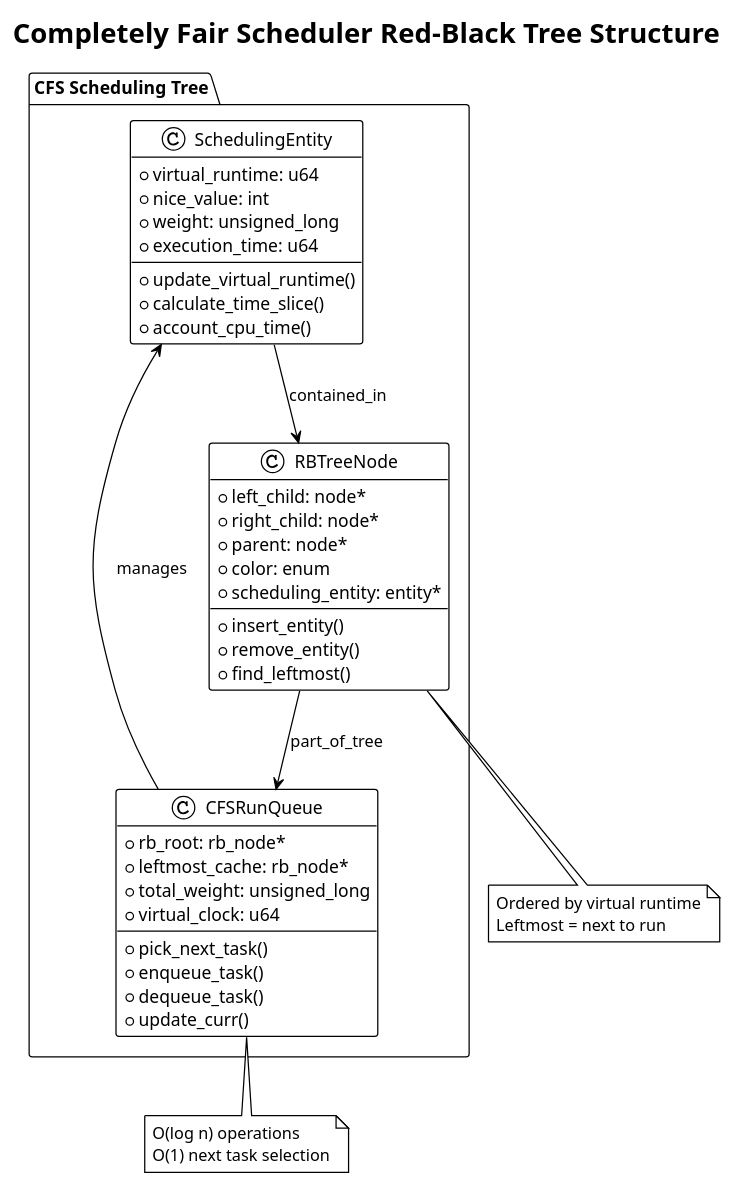
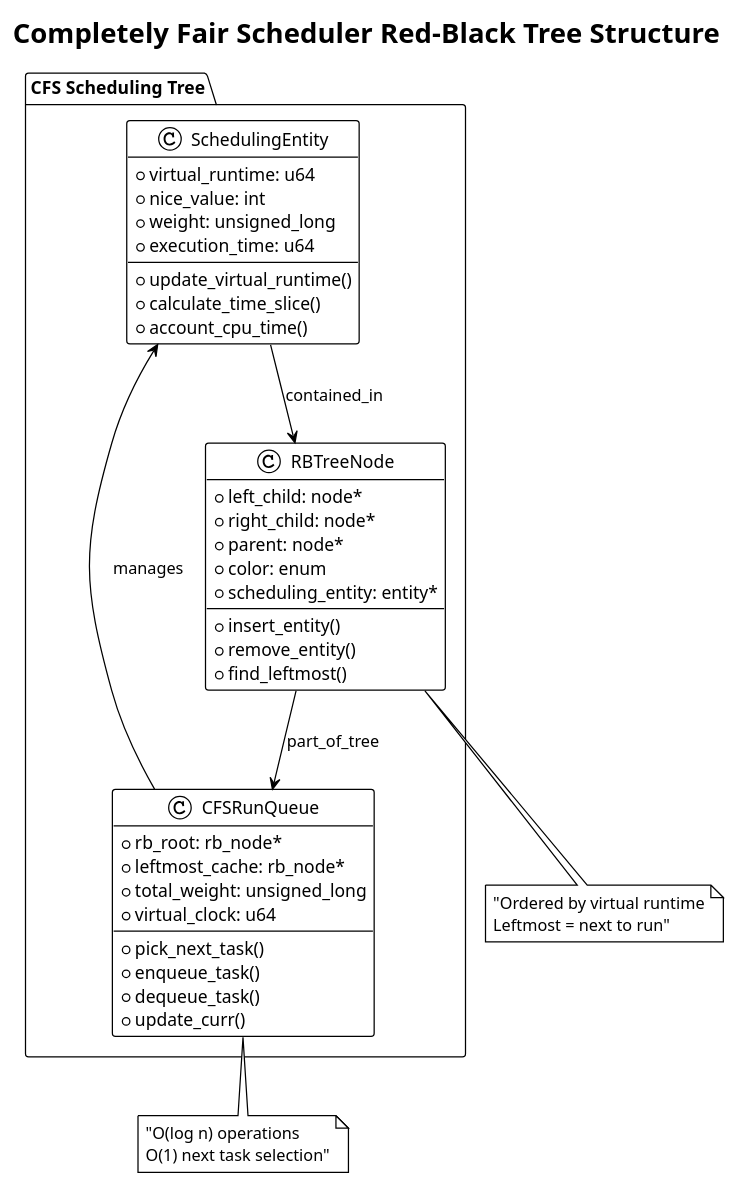
The fourth of 8 diagrams in Ch-5-Thread-Management/Thread-Scheduling.md (mohitmishra786/myJourneyOfBuildingOS), drawn with PlantUML before and after one commit. The commit also changed other lines of this file and 3 other files, not shown here.

````diff
--- a/Ch-5-Thread-Management/Thread-Scheduling.md
+++ b/Ch-5-Thread-Management/Thread-Scheduling.md
@@ -188,51 +188,51 @@
 ```plantuml
 @startuml
 !theme plain
-title Completely Fair Scheduler Red-Black Tree Structure
+title "Completely Fair Scheduler Red-Black Tree Structure"
 
 package "CFS Scheduling Tree" {
   
   class SchedulingEntity {
     + virtual_runtime: u64
     + nice_value: int
     + weight: unsigned_long
     + execution_time: u64
     --
     + update_virtual_runtime()
     + calculate_time_slice()
     + account_cpu_time()
   }
   
   class RBTreeNode {
     + left_child: node*
     + right_child: node*
     + parent: node*
     + color: enum
     + scheduling_entity: entity*
     --
     + insert_entity()
     + remove_entity()
     + find_leftmost()
   }
   
   class CFSRunQueue {
     + rb_root: rb_node*
     + leftmost_cache: rb_node*
     + total_weight: unsigned_long
     + virtual_clock: u64
     --
     + pick_next_task()
     + enqueue_task()
     + dequeue_task()
     + update_curr()
   }
 }
 
-SchedulingEntity --> RBTreeNode : contained_in
-RBTreeNode --> CFSRunQueue : part_of_tree
-CFSRunQueue --> SchedulingEntity : manages
+SchedulingEntity --> RBTreeNode : "contained_in"
+RBTreeNode --> CFSRunQueue : "part_of_tree"
+CFSRunQueue --> SchedulingEntity : "manages"
 
-note bottom of RBTreeNode : Ordered by virtual runtime\nLeftmost = next to run
-note bottom of CFSRunQueue : O(log n) operations\nO(1) next task selection
+note bottom of RBTreeNode : "Ordered by virtual runtime\nLeftmost = next to run"
+note bottom of CFSRunQueue : "O(log n) operations\nO(1) next task selection"
 @enduml
 ```
````
